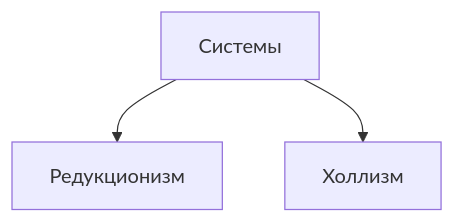
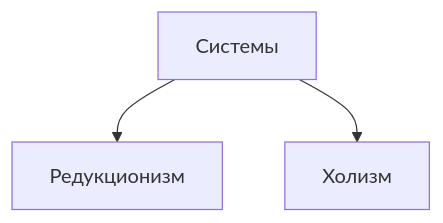
One commit to moscow-intelligent/RTU-MIREA changed the second of 4 diagrams in Основы Российской Государственности/05.09.md. Above: the diagram before and after it, drawn with Mermaid. The commit also changed other lines of this file, not shown here.

````diff
--- a/Основы Российской Государственности/05.09.md
+++ b/Основы Российской Государственности/05.09.md
@@ -13,5 +13,5 @@
 ```mermaid
 graph TD
 Системы -->Редукционизм
-Системы -->Холлизм
+Системы -->Холизм
 ```
````
